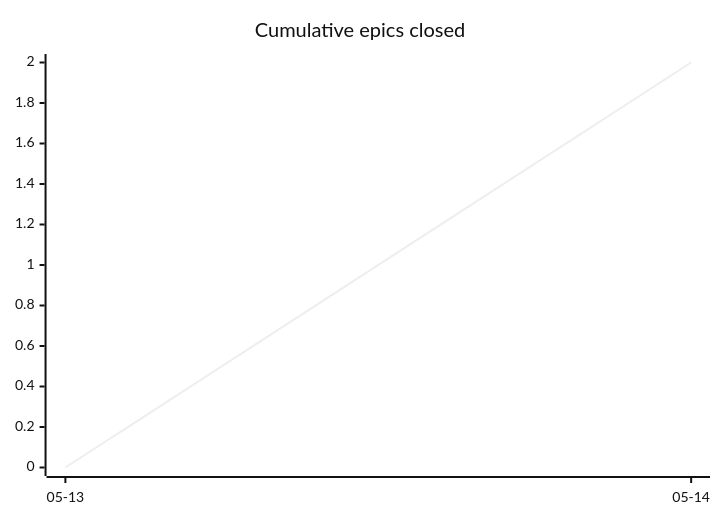
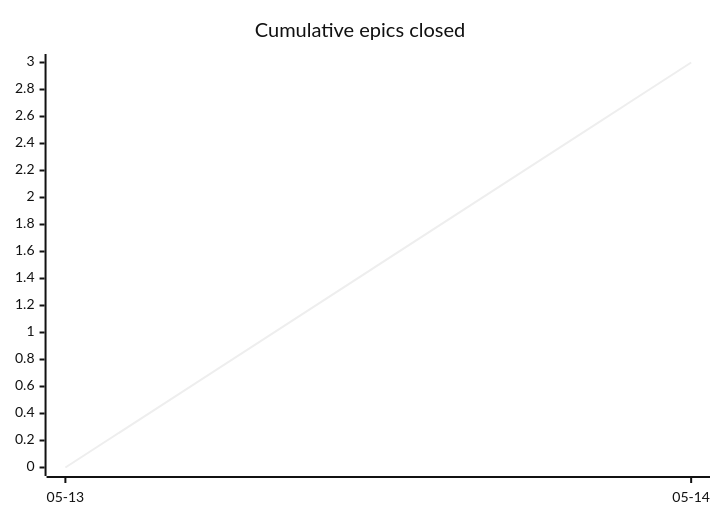
The second of 3 diagrams in docs/developers/tasks/OVERVIEW.md (tgd1975/CircuitSmith), drawn with Mermaid (neutral theme) before and after one commit. The commit also changed other lines of this file and 15 other files, not shown here.

````diff
--- a/docs/developers/tasks/OVERVIEW.md
+++ b/docs/developers/tasks/OVERVIEW.md
@@ -30,6 +30,6 @@
 ```mermaid
 xychart-beta
     title "Cumulative epics closed"
     x-axis ["05-13", "05-14"]
-    line [0, 2]
+    line [0, 3]
 ```
````
